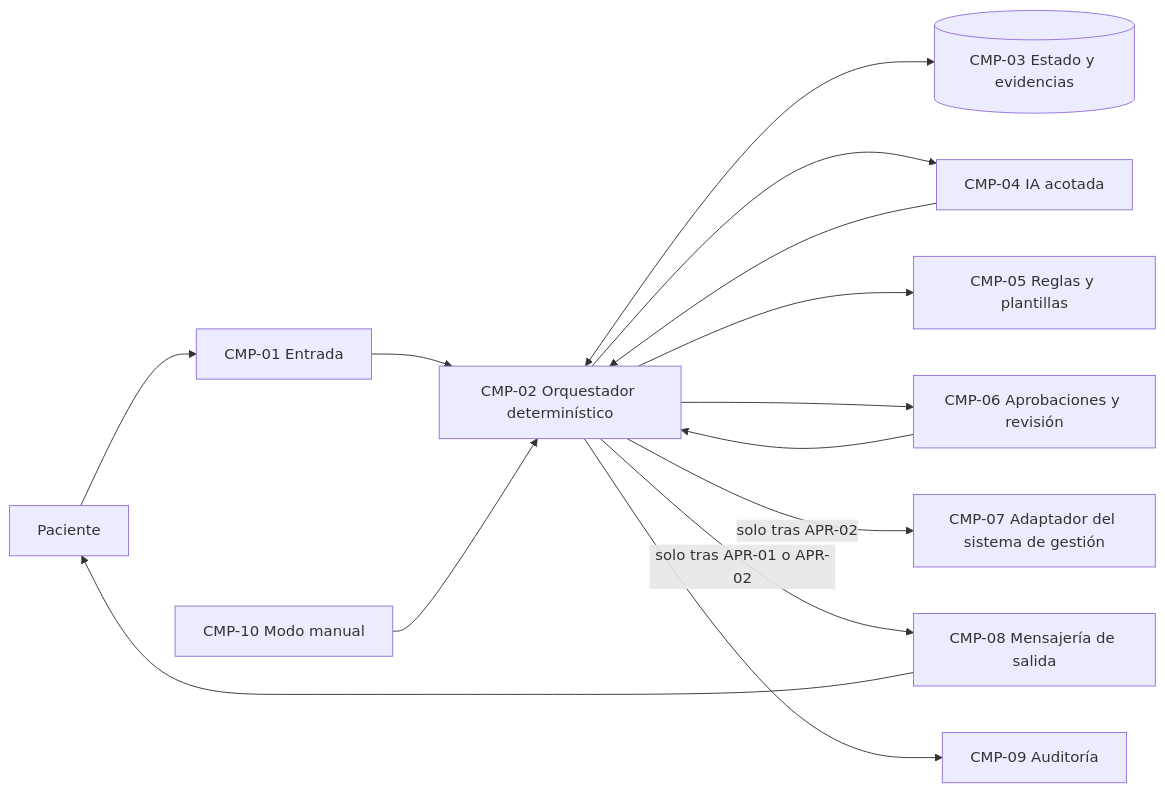
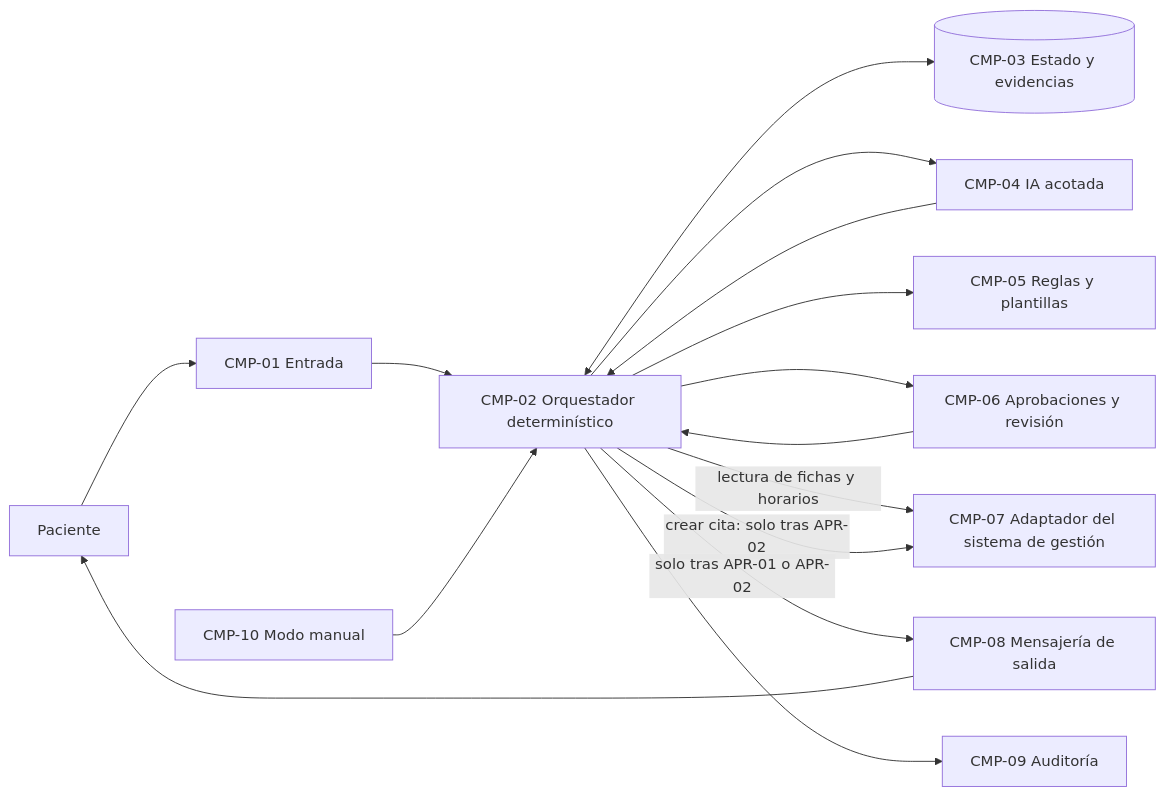
One commit to DistilledInnovation/ai-plugin changed the diagram in plugins/implementacion-empresarial/skills/arquitectura-de-implementacion/references/ejemplo.md. Above: the diagram before and after it, drawn with Mermaid. The commit also changed other lines of this file and 8 other files, not shown here.

````diff
--- a/plugins/implementacion-empresarial/skills/arquitectura-de-implementacion/references/ejemplo.md
+++ b/plugins/implementacion-empresarial/skills/arquitectura-de-implementacion/references/ejemplo.md
@@ -62,16 +62,17 @@
 ```mermaid
 flowchart LR
   P[Paciente] --> E[CMP-01 Entrada]
   E --> O[CMP-02 Orquestador determinístico]
   O <--> S[(CMP-03 Estado y evidencias)]
   O --> IA[CMP-04 IA acotada]
   IA --> O
   O --> R[CMP-05 Reglas y plantillas]
   O --> B[CMP-06 Aprobaciones y revisión]
   B --> O
-  O -->|solo tras APR-02| AD[CMP-07 Adaptador del sistema de gestión]
+  O -->|lectura de fichas y horarios| AD[CMP-07 Adaptador del sistema de gestión]
+  O -->|crear cita: solo tras APR-02| AD
   O -->|solo tras APR-01 o APR-02| M[CMP-08 Mensajería de salida]
   M --> P
   O --> AU[CMP-09 Auditoría]
   MM[CMP-10 Modo manual] --> O
 ```
````
